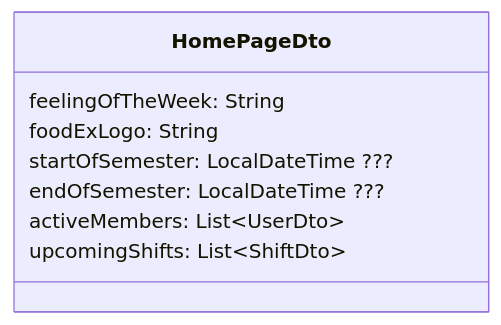
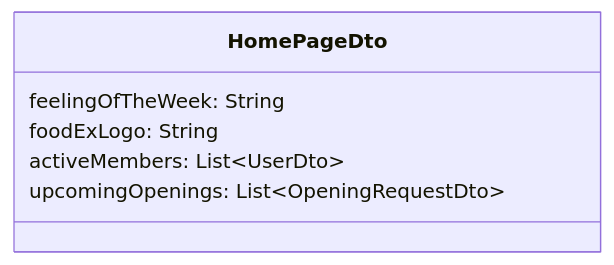
The ninth of 9 diagrams in Upgrade backend TERV.md (kir-dev/foodex-web), drawn with Mermaid before and after one commit. The commit also changed other lines of this file, not shown here.

````diff
--- a/Upgrade backend TERV.md
+++ b/Upgrade backend TERV.md
@@ -234,13 +226,11 @@
 ```mermaid
 classDiagram
 
 class HomePageDto {
     feelingOfTheWeek: String
     foodExLogo: String
-    startOfSemester: LocalDateTime ???
-    endOfSemester: LocalDateTime ???
     activeMembers: List&lt;UserDto&gt;
-    upcomingShifts: List&lt;ShiftDto&gt;
+    upcomingOpenings: List&lt;OpeningRequestDto&gt;
 }
 
 ```
````
